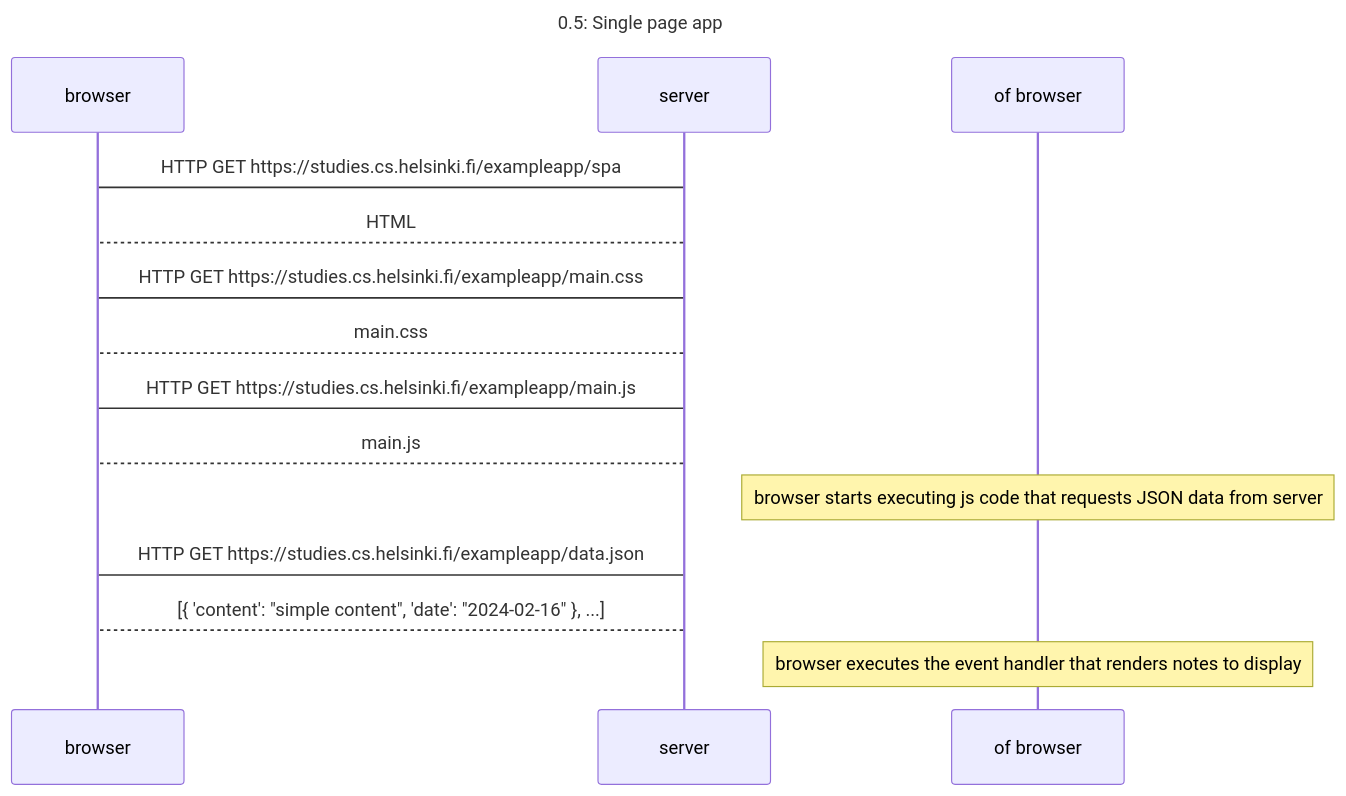
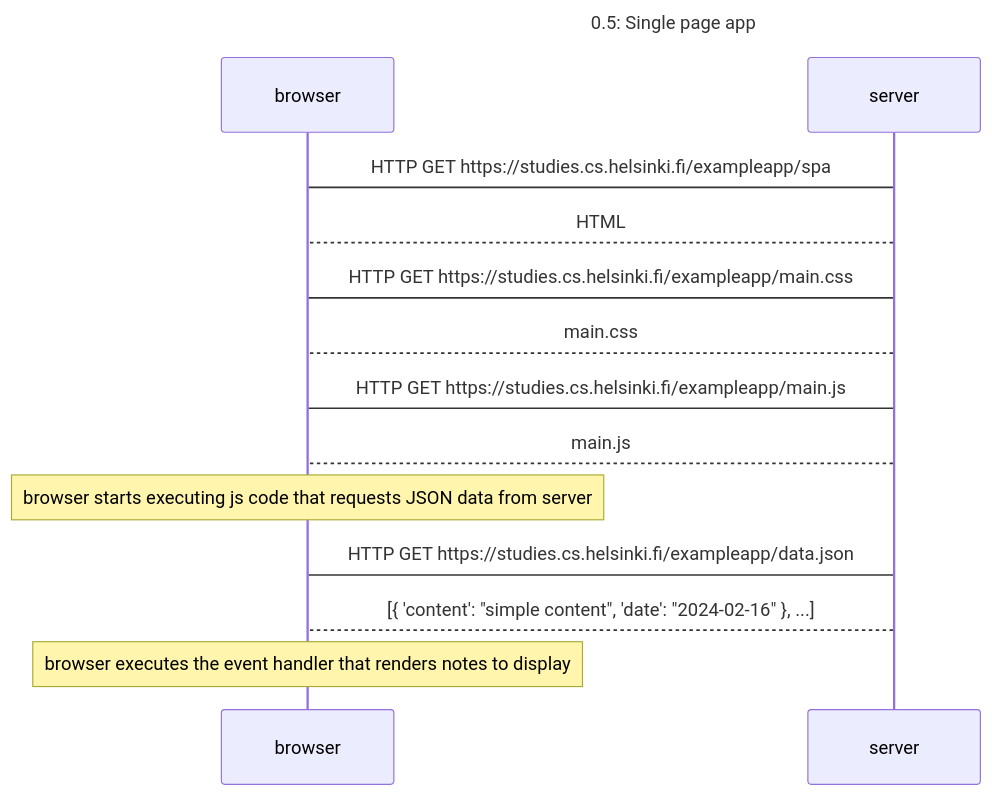
One commit to Vizard16/FullStackOpen changed the diagram in part0/0.5.md. Above: the diagram before and after it, drawn with Mermaid.

````diff
--- a/part0/0.5.md
+++ b/part0/0.5.md
@@ -3,18 +3,18 @@
 ```mermaid
 sequenceDiagram
     Title: 0.5: Single page app
 
     browser->server: HTTP GET https://studies.cs.helsinki.fi/exampleapp/spa
     server-->browser: HTML
     browser->server: HTTP GET https://studies.cs.helsinki.fi/exampleapp/main.css
     server-->browser: main.css
     browser->server: HTTP GET https://studies.cs.helsinki.fi/exampleapp/main.js
     server-->browser: main.js
 
-    note over of browser: browser starts executing js code that requests JSON data from server
+    note over browser: browser starts executing js code that requests JSON data from server
 
     browser->server: HTTP GET https://studies.cs.helsinki.fi/exampleapp/data.json
     server-->browser: [{ 'content': "simple content", 'date': "2024-02-16" }, ...]
 
-    note over of browser: browser executes the event handler that renders notes to display
+    note over browser: browser executes the event handler that renders notes to display
 ```
````
